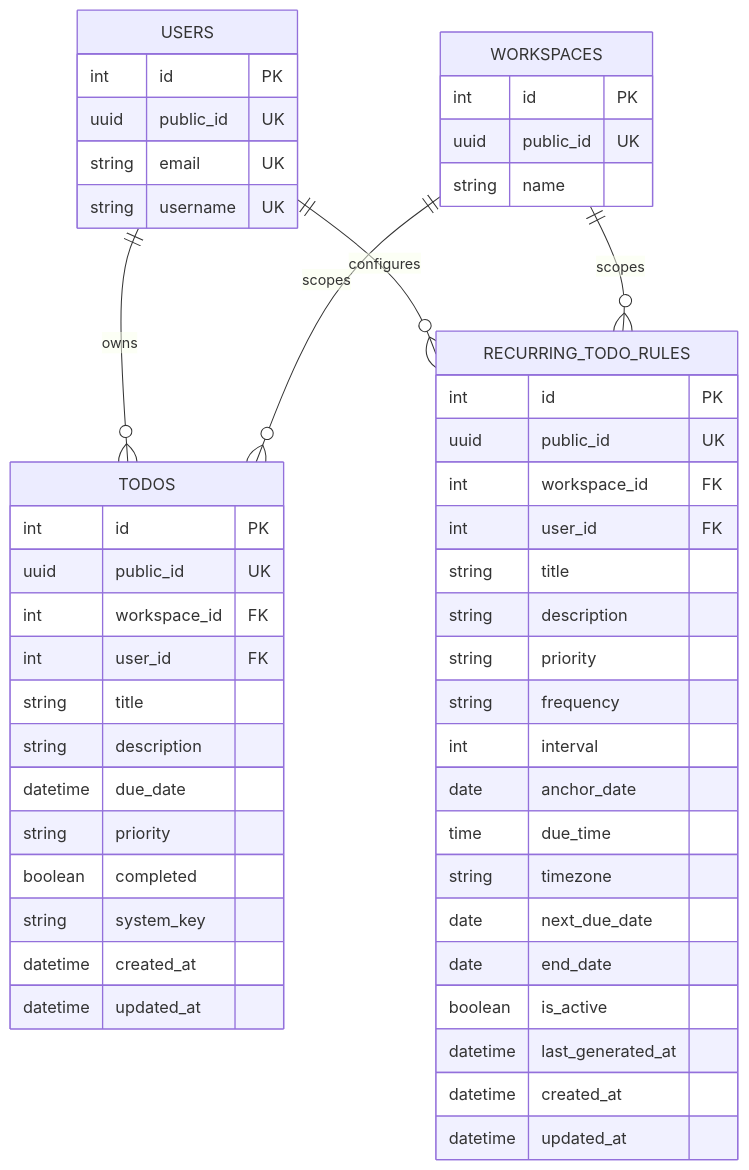
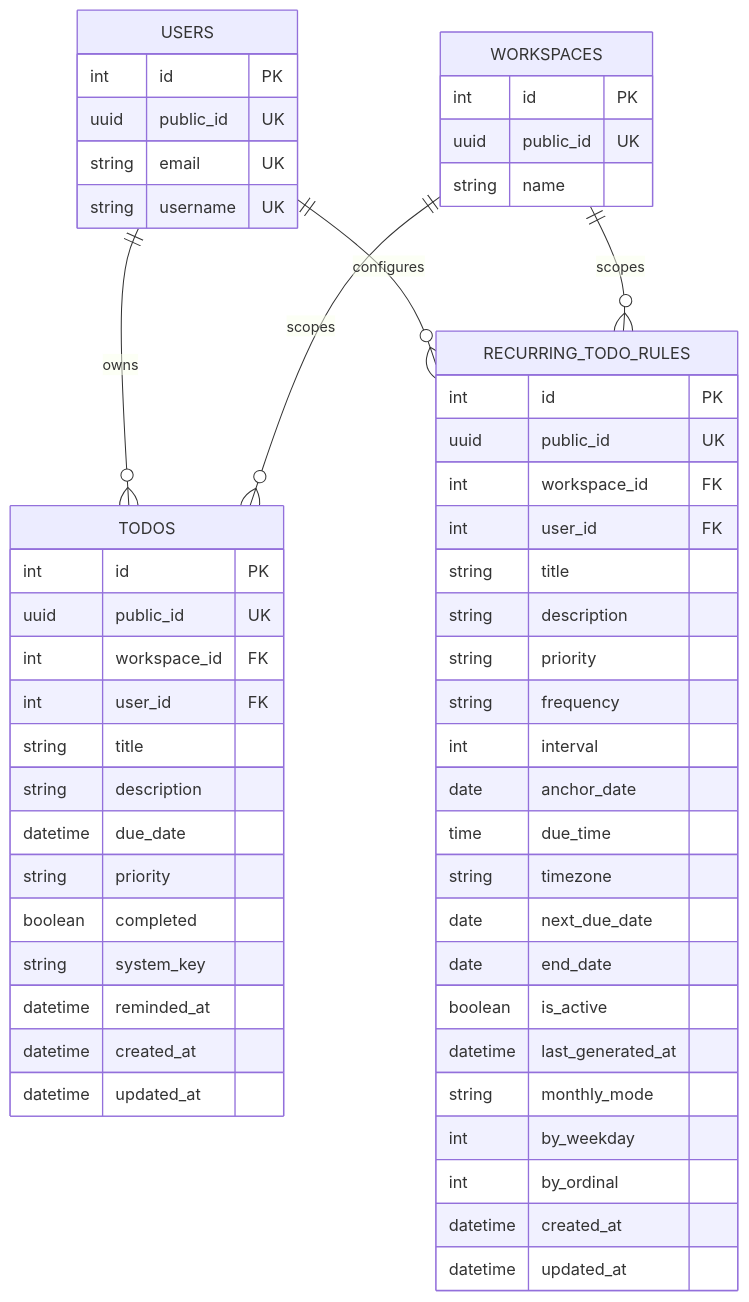
One commit to sajankp/lifestack-api changed the third of 8 diagrams in docs/ERD.md. Above: the diagram before and after it, drawn with Mermaid. The commit also changed other lines of this file and 1 other file, not shown here.

First line of the commit message:
docs: refresh ERD and README for specs 051-059

````diff
--- a/docs/ERD.md
+++ b/docs/ERD.md
@@ -99,56 +99,60 @@
 ```mermaid
 erDiagram
     USERS {
         int id PK
         uuid public_id UK
         string email UK
         string username UK
     }
 
     WORKSPACES {
         int id PK
         uuid public_id UK
         string name
     }
 
     TODOS {
         int id PK
         uuid public_id UK
         int workspace_id FK
         int user_id FK
         string title
         string description
         datetime due_date
         string priority
         boolean completed
         string system_key
+        datetime reminded_at
         datetime created_at
         datetime updated_at
     }
 
     RECURRING_TODO_RULES {
         int id PK
         uuid public_id UK
         int workspace_id FK
         int user_id FK
         string title
         string description
         string priority
         string frequency
         int interval
         date anchor_date
         time due_time
         string timezone
         date next_due_date
         date end_date
         boolean is_active
         datetime last_generated_at
+        string monthly_mode
+        int by_weekday
+        int by_ordinal
         datetime created_at
         datetime updated_at
     }
 
     USERS ||--o{ TODOS : owns
     WORKSPACES ||--o{ TODOS : scopes
     USERS ||--o{ RECURRING_TODO_RULES : configures
     WORKSPACES ||--o{ RECURRING_TODO_RULES : scopes
 ```
````
